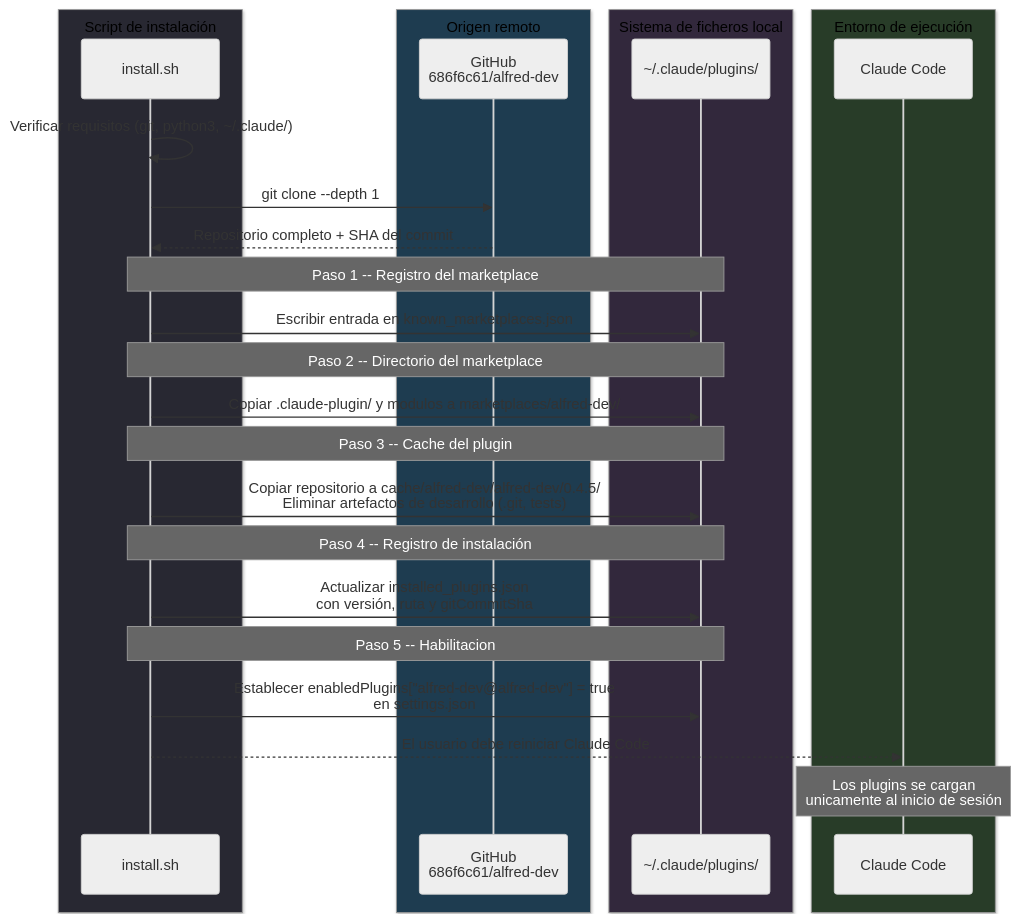
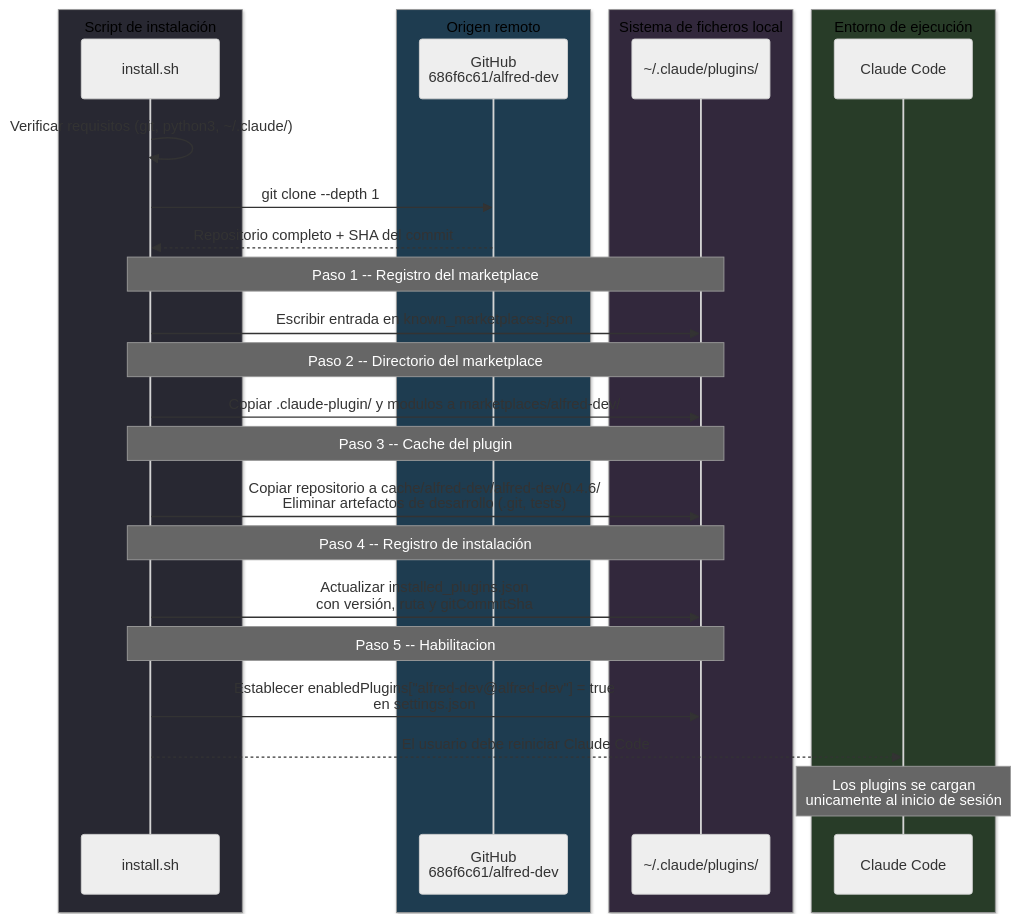
The diagram in docs/installation.md (686f6c61/alfred-dev), drawn with Mermaid (neutral theme) before and after one commit. The commit also changed other lines of this file and 34 other files, not shown here.

````diff
--- a/docs/installation.md
+++ b/docs/installation.md
@@ -114,37 +114,37 @@
 ```mermaid
 sequenceDiagram
     box rgb(40, 40, 50) Script de instalación
         participant S as install.sh
     end
     box rgb(30, 60, 80) Origen remoto
         participant GH as GitHub<br/>686f6c61/alfred-dev
     end
     box rgb(50, 40, 60) Sistema de ficheros local
         participant P as ~/.claude/plugins/
     end
     box rgb(40, 60, 40) Entorno de ejecución
         participant CC as Claude Code
     end
 
     S->>S: Verificar requisitos (git, python3, ~/.claude/)
     S->>GH: git clone --depth 1
     GH-->>S: Repositorio completo + SHA del commit
 
     Note over S,P: Paso 1 -- Registro del marketplace
     S->>P: Escribir entrada en known_marketplaces.json
 
     Note over S,P: Paso 2 -- Directorio del marketplace
     S->>P: Copiar .claude-plugin/ y modulos a marketplaces/alfred-dev/
 
     Note over S,P: Paso 3 -- Cache del plugin
-    S->>P: Copiar repositorio a cache/alfred-dev/alfred-dev/0.4.5/<br/>Eliminar artefactos de desarrollo (.git, tests)
+    S->>P: Copiar repositorio a cache/alfred-dev/alfred-dev/0.4.6/<br/>Eliminar artefactos de desarrollo (.git, tests)
 
     Note over S,P: Paso 4 -- Registro de instalación
     S->>P: Actualizar installed_plugins.json<br/>con versión, ruta y gitCommitSha
 
     Note over S,P: Paso 5 -- Habilitacion
     S->>P: Establecer enabledPlugins["alfred-dev@alfred-dev"] = true<br/>en settings.json
 
     S-->>CC: El usuario debe reiniciar Claude Code
     Note over CC: Los plugins se cargan<br/>unicamente al inicio de sesión
 ```
````
